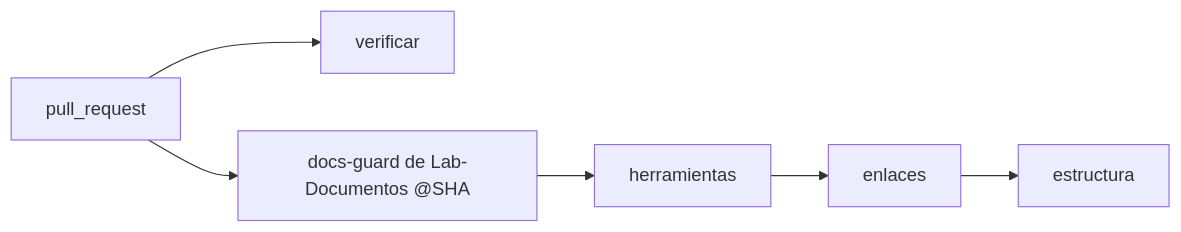
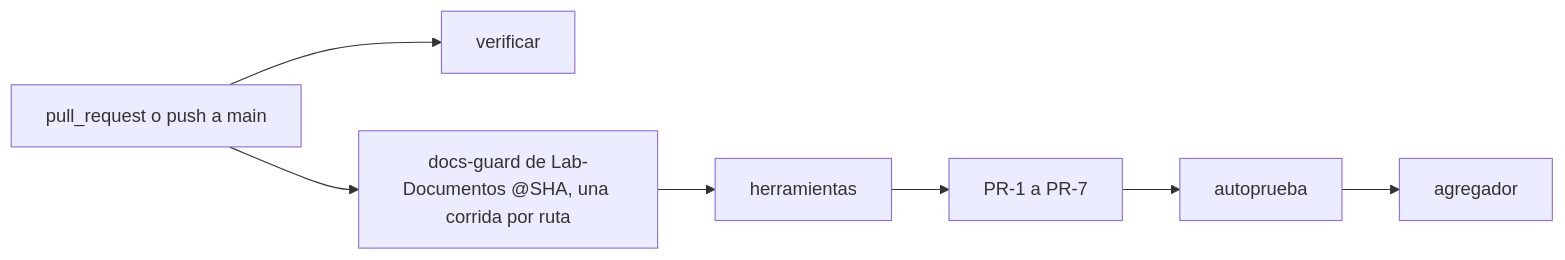
Before and after one commit to hdcm-dev/Lab-Documentos.Documentacion: the diagram in .github/README.md, drawn with Mermaid. The commit also changed other lines of this file and 1 other file, not shown here.

First line of the commit message:
Verificar: docs-guard vigente, ruta del expediente 0002 y push a main (U11-H-A, clase H)

````diff
--- a/.github/README.md
+++ b/.github/README.md
@@ -32,6 +37,6 @@
 ```mermaid
 flowchart LR
-  PR[pull_request] --> V[verificar]
-  PR --> G[docs-guard de Lab-Documentos @SHA]
-  G --> H[herramientas] --> E[enlaces] --> S[estructura]
+  PR[pull_request o push a main] --> V[verificar]
+  PR --> G[docs-guard de Lab-Documentos @SHA, una corrida por ruta]
+  G --> H[herramientas] --> P[PR-1 a PR-7] --> A[autoprueba] --> X[agregador]
 ```
````
